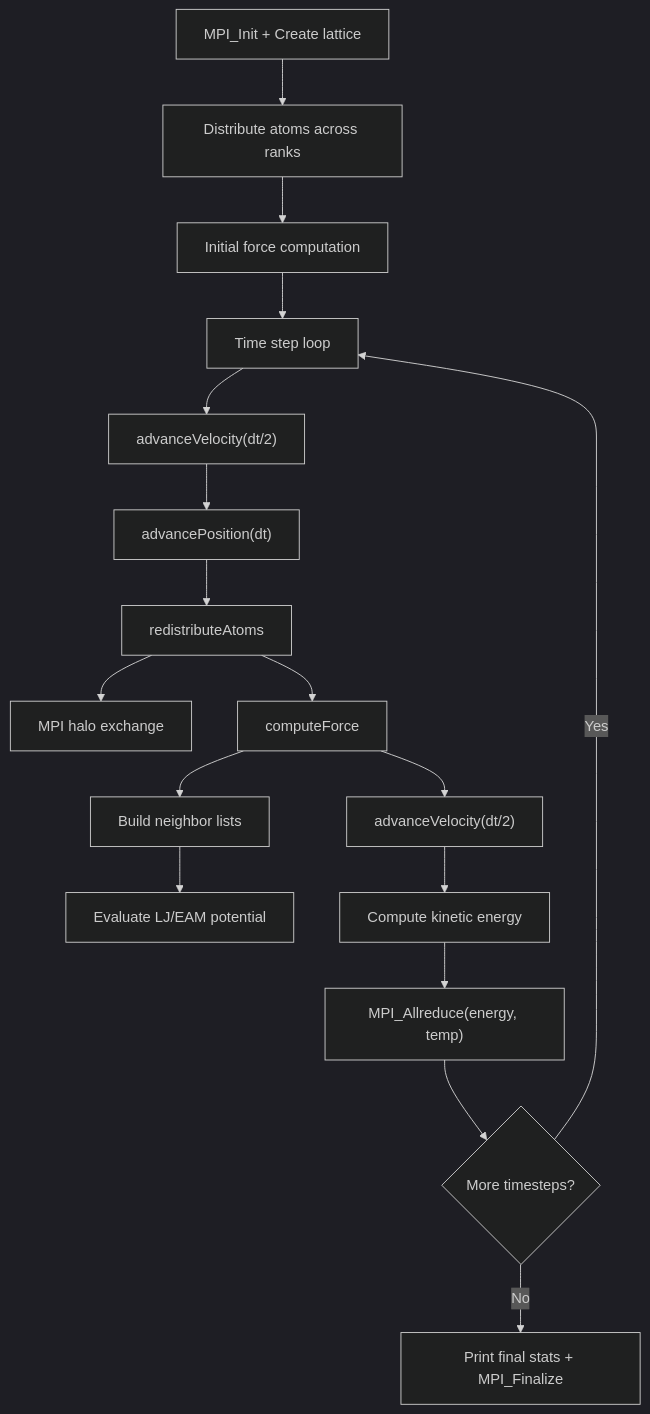
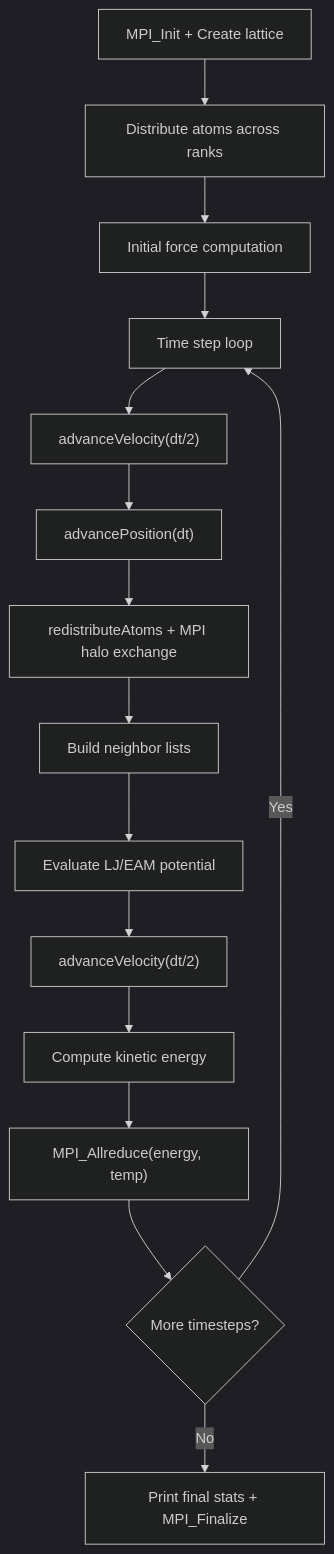
The diagram in tests/apps/docs/CoMD/computation_flow.md (ngduchai/guard-agent), drawn with Mermaid (dark theme) before and after one commit. The commit also changed other lines of this file and 19 other files, not shown here.

First line of the commit message:
docs: fix all computation flow diagrams and add output comparison guide

````diff
--- a/tests/apps/docs/CoMD/computation_flow.md
+++ b/tests/apps/docs/CoMD/computation_flow.md
@@ -8,19 +8,17 @@
 ```mermaid
 flowchart TD
     A[MPI_Init + Create lattice] --> B[Distribute atoms across ranks]
     B --> C[Initial force computation]
     C --> D[Time step loop]
     D --> E["advanceVelocity(dt/2)"]
     E --> F["advancePosition(dt)"]
-    F --> G[redistributeAtoms]
-    G --> G1[MPI halo exchange]
-    G --> H[computeForce]
-    H --> H1[Build neighbor lists]
-    H1 --> H2[Evaluate LJ/EAM potential]
-    H --> I["advanceVelocity(dt/2)"]
-    I --> J[Compute kinetic energy]
-    J --> K["MPI_Allreduce(energy, temp)"]
-    K --> L{More timesteps?}
-    L -->|Yes| D
-    L -->|No| M[Print final stats + MPI_Finalize]
+    F --> G["redistributeAtoms + MPI halo exchange"]
+    G --> H[Build neighbor lists]
+    H --> I[Evaluate LJ/EAM potential]
+    I --> J["advanceVelocity(dt/2)"]
+    J --> K["Compute kinetic energy"]
+    K --> L["MPI_Allreduce(energy, temp)"]
+    L --> M{More timesteps?}
+    M -->|Yes| D
+    M -->|No| N[Print final stats + MPI_Finalize]
 ```
````
